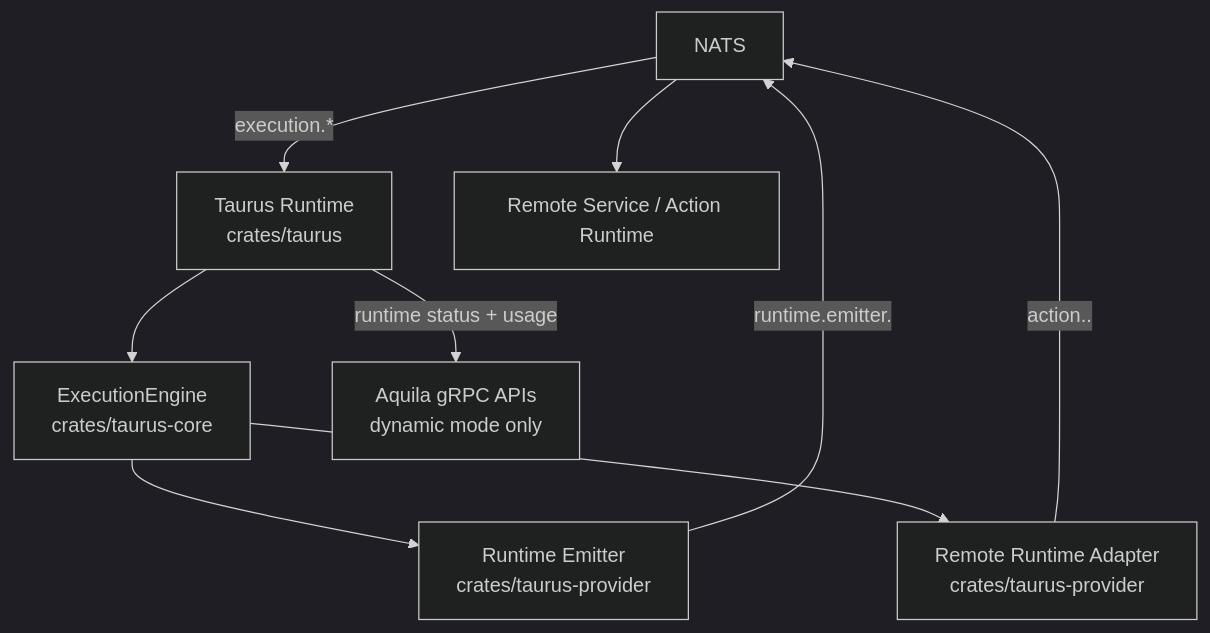
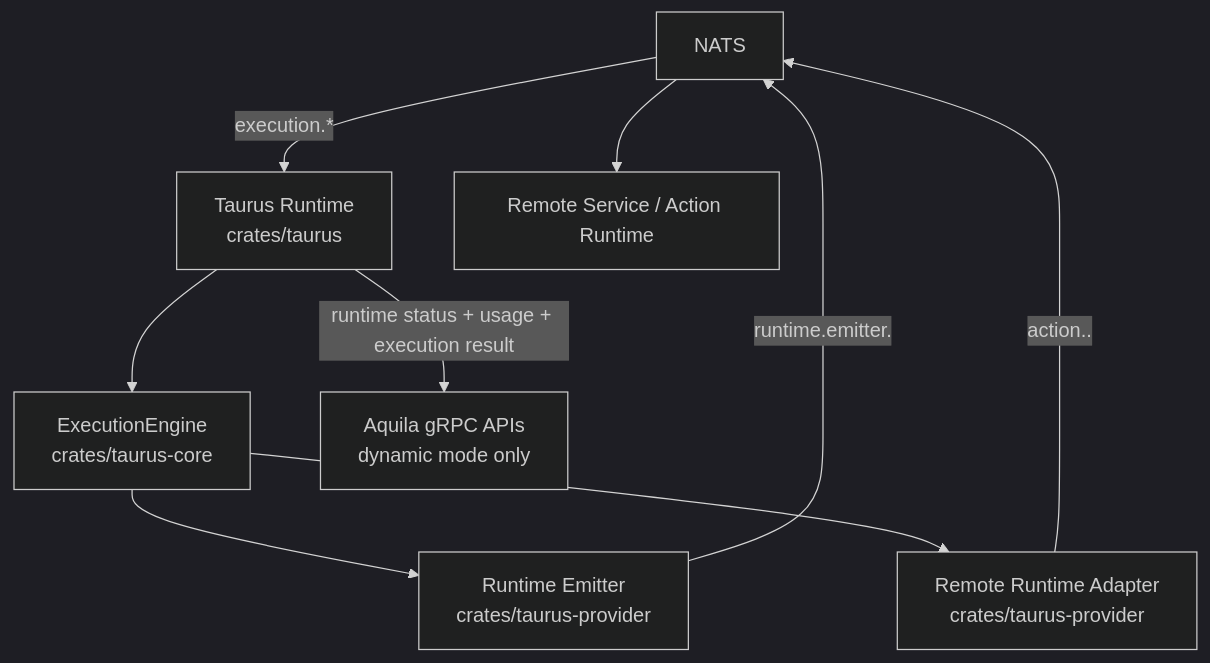
Before and after one commit to code0-tech/taurus: the diagram in docs/dev.md, drawn with Mermaid (dark theme). The commit also changed other lines of this file and 2 other files, not shown here.

Commit message:
docs: updated to latest taurus tasks

````diff
--- a/docs/dev.md
+++ b/docs/dev.md
@@ -31,24 +31,24 @@
 ```mermaid
 graph TD
   NATS[NATS]
   Taurus[Taurus Runtime
   crates/taurus]
   Core[ExecutionEngine
   crates/taurus-core]
   Emitter[Runtime Emitter
   crates/taurus-provider]
   Remote[Remote Runtime Adapter
   crates/taurus-provider]
   Service[Remote Service / Action Runtime]
   Aquila[Aquila gRPC APIs
   dynamic mode only]
 
   NATS -->|execution.*| Taurus
   Taurus --> Core
   Core --> Emitter
   Emitter -->|runtime.emitter.<execution_id>| NATS
   Core --> Remote
   Remote -->|action.<service>.<execution_id>| NATS
   NATS --> Service
-  Taurus -->|runtime status + usage| Aquila
+  Taurus -->|runtime status + usage + execution result| Aquila
 ```
````
